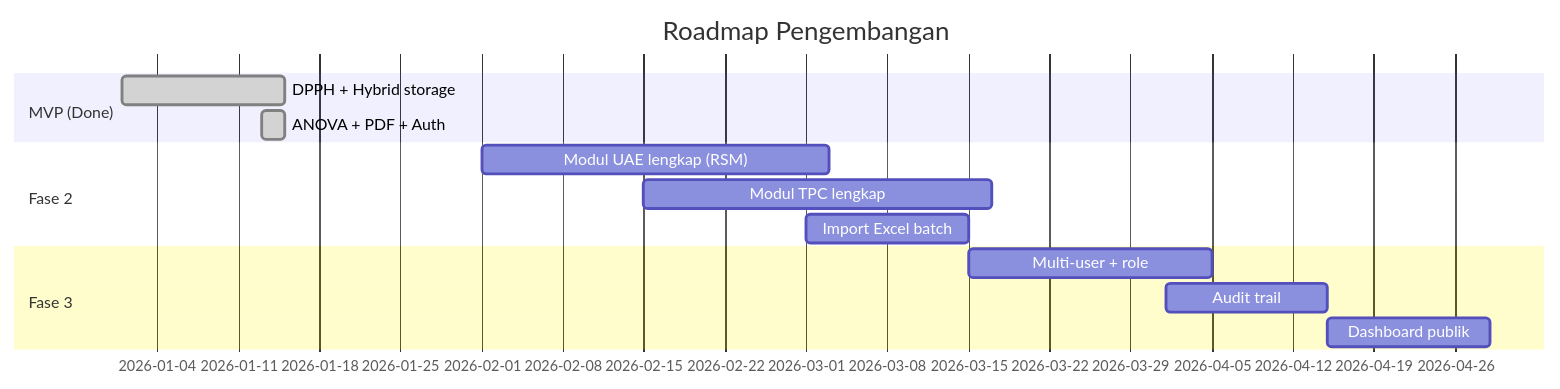
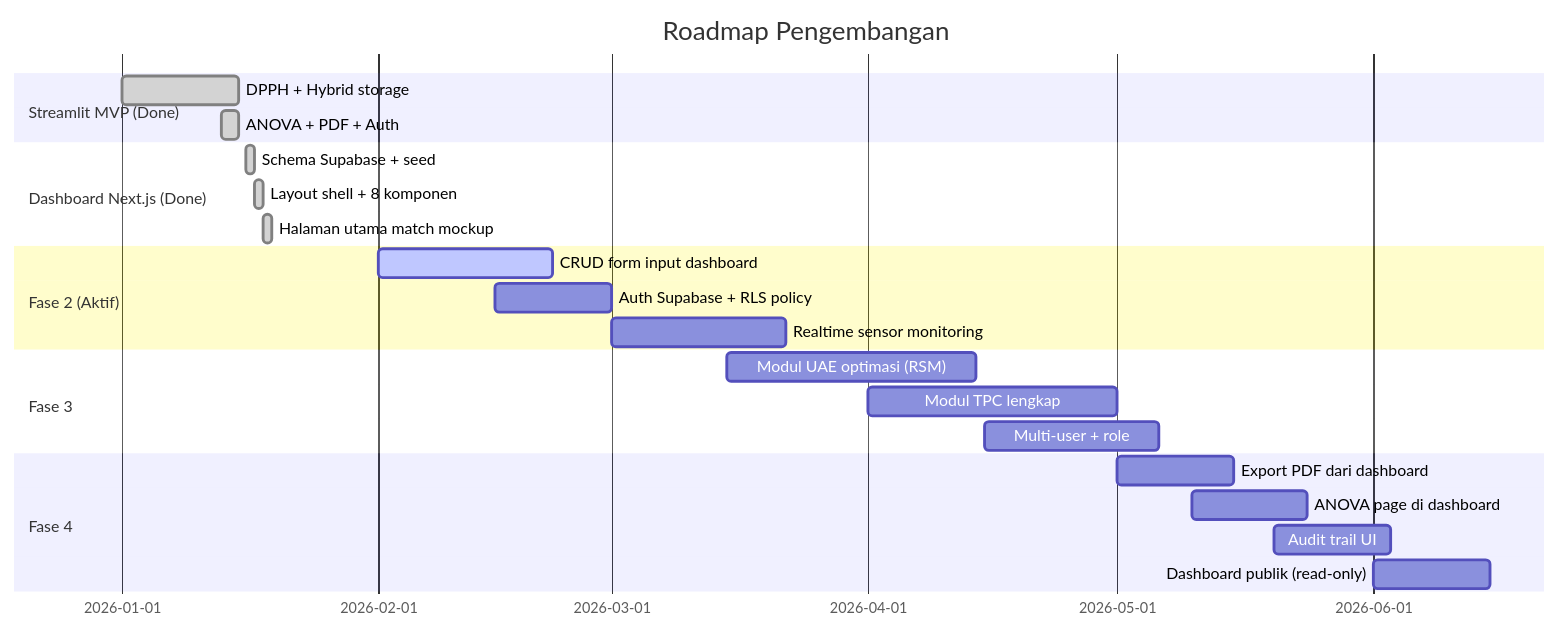
Before and after one commit to josskixg/labs-daunsalam: the ninth of 9 diagrams in README.md, drawn with Mermaid. The commit also changed other lines of this file and 4 other files, not shown here.

Commit message:
chore: update gitignore, keep-alive workflow, dan tambah flowchart

````diff
--- a/README.md
+++ b/README.md
@@ -619,16 +861,30 @@
 ```mermaid
 gantt
     title Roadmap Pengembangan
     dateFormat YYYY-MM-DD
-    section MVP (Done)
-    DPPH + Hybrid storage     :done, 2026-01-01, 2026-01-15
-    ANOVA + PDF + Auth        :done, 2026-01-13, 2026-01-15
-    section Fase 2
-    Modul UAE lengkap (RSM)   :2026-02-01, 30d
-    Modul TPC lengkap         :2026-02-15, 30d
-    Import Excel batch        :2026-03-01, 14d
+
+    section Streamlit MVP (Done)
+    DPPH + Hybrid storage      :done, 2026-01-01, 2026-01-15
+    ANOVA + PDF + Auth         :done, 2026-01-13, 2026-01-15
+
+    section Dashboard Next.js (Done)
+    Schema Supabase + seed     :done, 2026-01-16, 2026-01-17
+    Layout shell + 8 komponen  :done, 2026-01-17, 2026-01-18
+    Halaman utama match mockup :done, 2026-01-18, 2026-01-19
+
+    section Fase 2 (Aktif)
+    CRUD form input dashboard  :active, 2026-02-01, 21d
+    Auth Supabase + RLS policy :2026-02-15, 14d
+    Realtime sensor monitoring :2026-03-01, 21d
+
     section Fase 3
-    Multi-user + role         :2026-03-15, 21d
-    Audit trail               :2026-04-01, 14d
-    Dashboard publik          :2026-04-15, 14d
+    Modul UAE optimasi (RSM)   :2026-03-15, 30d
+    Modul TPC lengkap          :2026-04-01, 30d
+    Multi-user + role          :2026-04-15, 21d
+
+    section Fase 4
+    Export PDF dari dashboard  :2026-05-01, 14d
+    ANOVA page di dashboard    :2026-05-10, 14d
+    Audit trail UI             :2026-05-20, 14d
+    Dashboard publik (read-only) :2026-06-01, 14d
 ```
````
